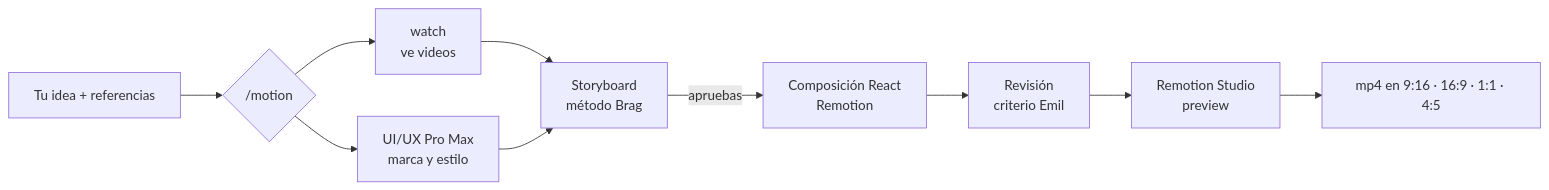
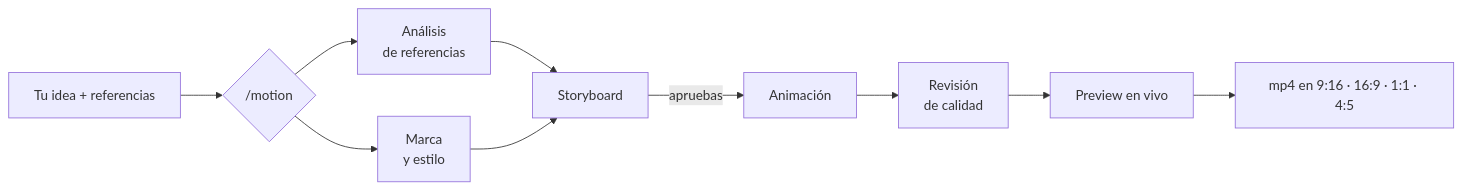
One commit to Hainrixz/motion-architect changed the diagram in README.md. Above: the diagram before and after it, drawn with Mermaid. The commit also changed other lines of this file and 346 other files, not shown here.

First line of the commit message:
v0.2.0: Motion Architect como agente autocontenido

````diff
--- a/README.md
+++ b/README.md
@@ -143,12 +136,12 @@
 ```mermaid
 flowchart LR
   A[Tu idea + referencias] --> B{/motion}
-  B --> C[watch<br/>ve videos]
-  B --> D[UI/UX Pro Max<br/>marca y estilo]
-  C --> E[Storyboard<br/>método Brag]
+  B --> C[Análisis<br/>de referencias]
+  B --> D[Marca<br/>y estilo]
+  C --> E[Storyboard]
   D --> E
-  E -->|apruebas| F[Composición React<br/>Remotion]
-  F --> G[Revisión<br/>criterio Emil]
-  G --> H[Remotion Studio<br/>preview]
+  E -->|apruebas| F[Animación]
+  F --> G[Revisión<br/>de calidad]
+  G --> H[Preview en vivo]
   H --> I[mp4 en 9:16 · 16:9 · 1:1 · 4:5]
 ```
````
